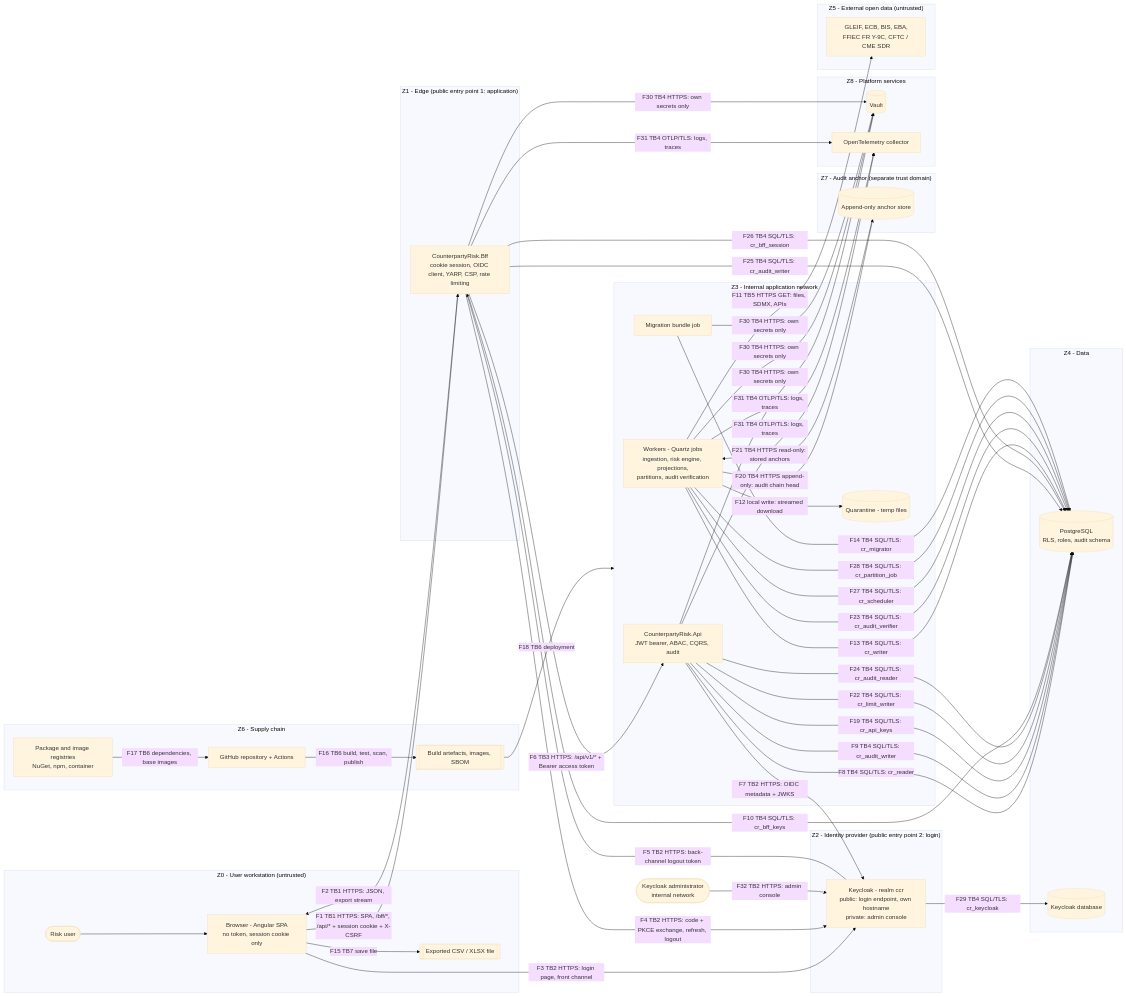
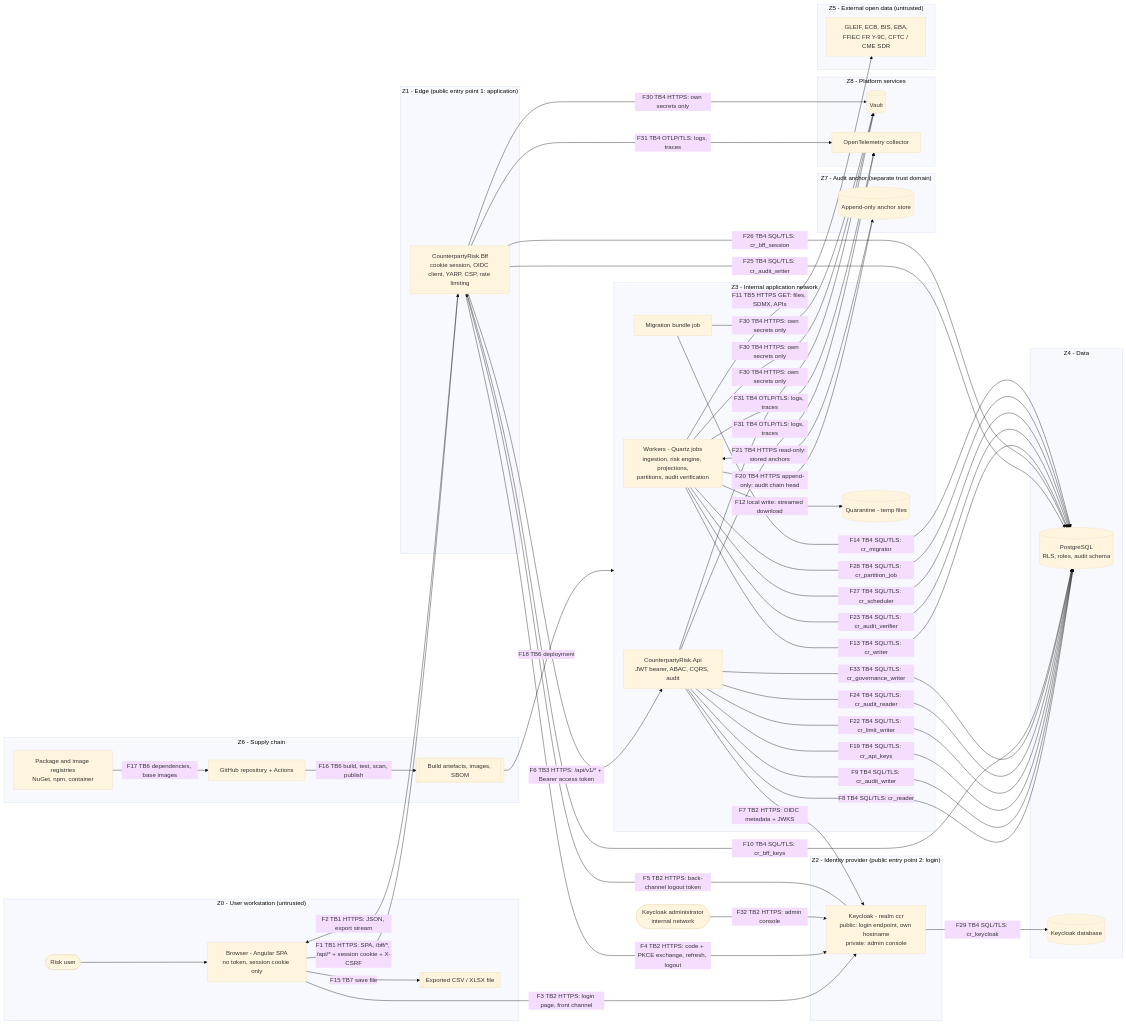
Before and after one commit to Yvahajatiana/counterparty-risk: the diagram in docs/security/data-flow.md, drawn with Mermaid (base theme). The commit also changed other lines of this file and 3 other files, not shown here.

```diff
--- a/docs/security/data-flow.md
+++ b/docs/security/data-flow.md
@@ -74,6 +74,7 @@
   API -- "F19 TB4 SQL/TLS: cr_api_keys" --> PG
   API -- "F22 TB4 SQL/TLS: cr_limit_writer" --> PG
   API -- "F24 TB4 SQL/TLS: cr_audit_reader" --> PG
+  API -- "F33 TB4 SQL/TLS: cr_governance_writer" --> PG
   BFF -- "F10 TB4 SQL/TLS: cr_bff_keys" --> PG
   BFF -- "F25 TB4 SQL/TLS: cr_audit_writer" --> PG
   BFF -- "F26 TB4 SQL/TLS: cr_bff_session" --> PG
```
